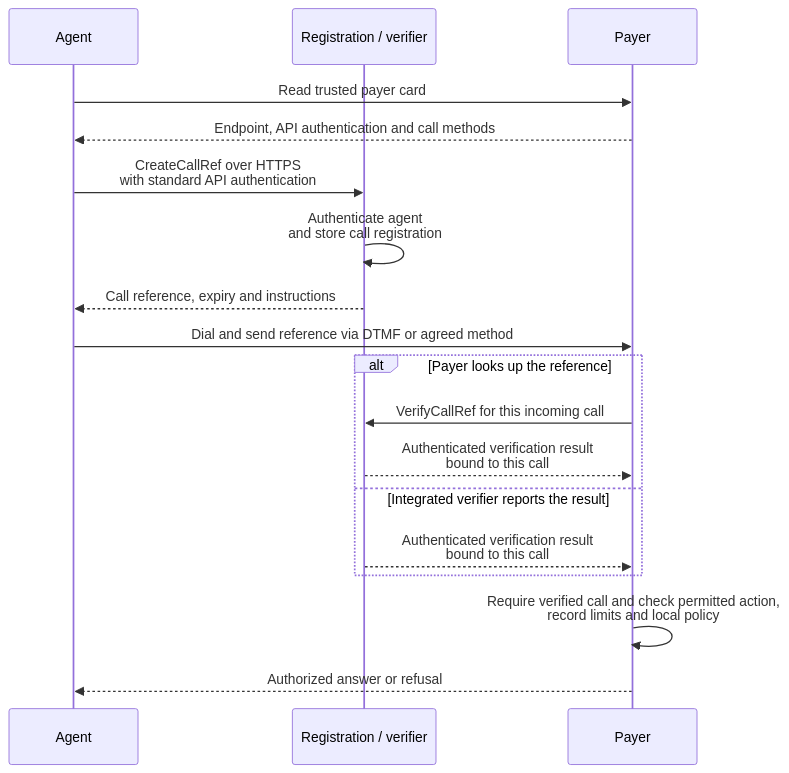
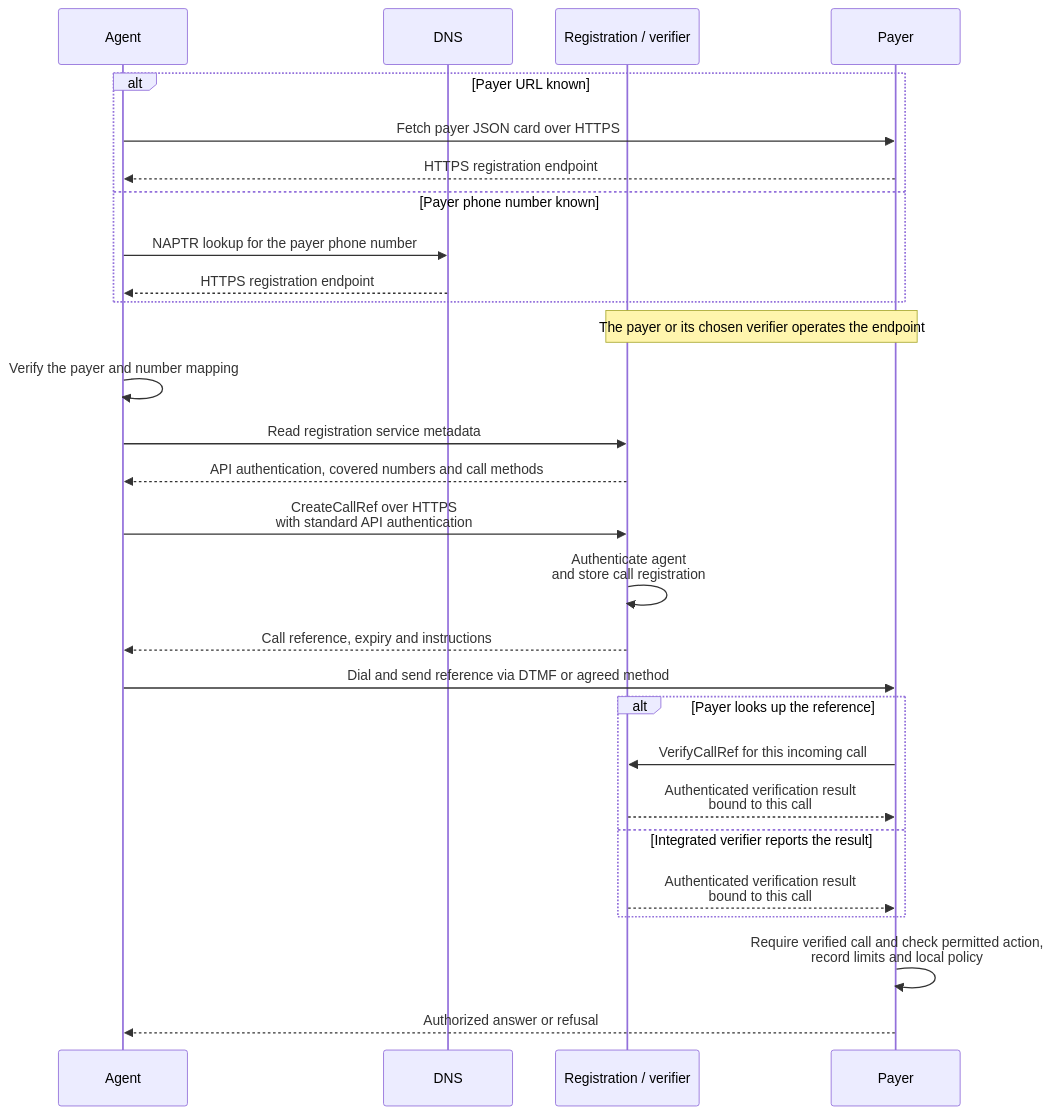
Before and after one commit to Healthcare-Agent-Protocol/healthcare-agent-protocol: the diagram in spec/identity/hap-1.md, drawn with Mermaid. The commit also changed other lines of this file and 2 other files, not shown here.

Commit message:
docs: clarify card and NAPTR registration discovery

````diff
--- a/spec/identity/hap-1.md
+++ b/spec/identity/hap-1.md
@@ -33,23 +53,34 @@
 ```mermaid
 sequenceDiagram
     participant A as Agent
+    participant D as DNS
     participant V as Registration / verifier
     participant P as Payer
 
-    A->>P: Read trusted payer card
-    P-->>A: Endpoint, API authentication and call methods
+    alt Payer URL known
+        A->>P: Fetch payer JSON card over HTTPS
+        P-->>A: HTTPS registration endpoint
+    else Payer phone number known
+        A->>D: NAPTR lookup for the payer phone number
+        D-->>A: HTTPS registration endpoint
+    end
+
+    Note over V,P: The payer or its chosen verifier operates the endpoint
+    A->>A: Verify the payer and number mapping
+    A->>V: Read registration service metadata
+    V-->>A: API authentication, covered numbers and call methods
     A->>V: CreateCallRef over HTTPS<br/>with standard API authentication
     V->>V: Authenticate agent<br/>and store call registration
     V-->>A: Call reference, expiry and instructions
     A->>P: Dial and send reference via DTMF or agreed method
 
     alt Payer looks up the reference
         P->>V: VerifyCallRef for this incoming call
         V-->>P: Authenticated verification result<br/>bound to this call
     else Integrated verifier reports the result
         V-->>P: Authenticated verification result<br/>bound to this call
     end
 
     P->>P: Require verified call and check permitted action,<br/>record limits and local policy
     P-->>A: Authorized answer or refusal
 ```
````
